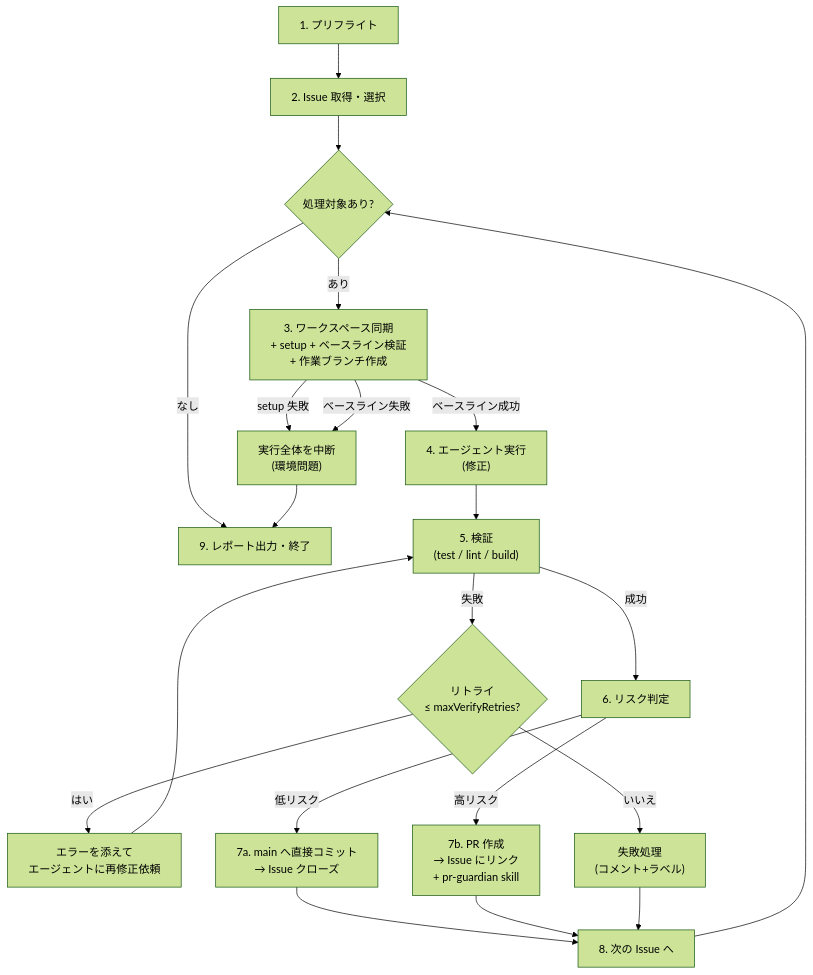
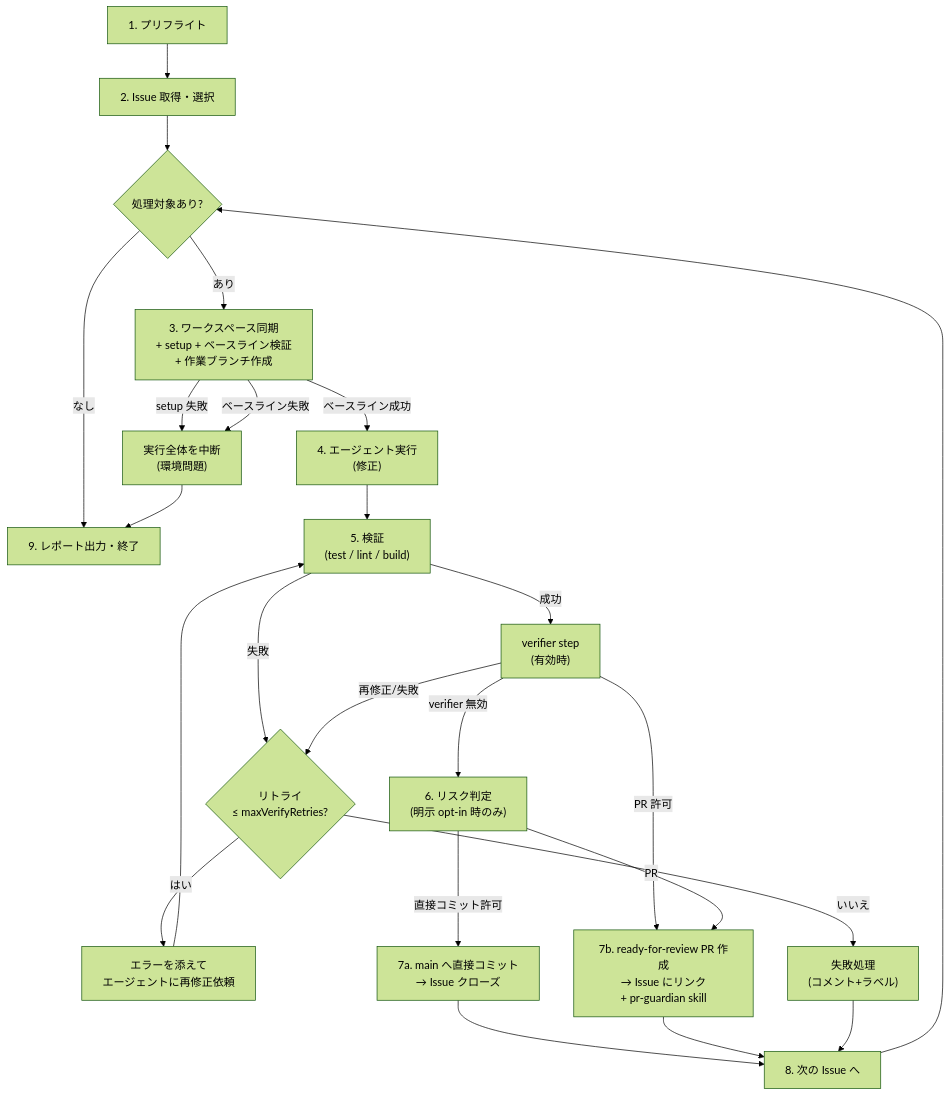
One commit to kaizen-agents-org/kaizen-loop changed the diagram in docs/04-nightly-pipeline.md. Above: the diagram before and after it, drawn with Mermaid (forest theme). The commit also changed other lines of this file and 5 other files, not shown here.

````diff
--- a/docs/04-nightly-pipeline.md
+++ b/docs/04-nightly-pipeline.md
@@ -7,22 +7,25 @@
 ```mermaid
 flowchart TB
     A["1. プリフライト"] --> B["2. Issue 取得・選択"]
     B --> C{処理対象あり?}
     C -->|なし| Z["9. レポート出力・終了"]
     C -->|あり| D["3. ワークスペース同期<br/>+ setup + ベースライン検証<br/>+ 作業ブランチ作成"]
     D -->|ベースライン成功| E["4. エージェント実行<br/>(修正)"]
     D -->|setup 失敗| X["実行全体を中断<br/>(環境問題)"]
     D -->|ベースライン失敗| X
     X --> Z
     E --> F["5. 検証<br/>(test / lint / build)"]
     F -->|失敗| G{リトライ<br/>≤ maxVerifyRetries?}
     G -->|はい| E2["エラーを添えて<br/>エージェントに再修正依頼"] --> F
     G -->|いいえ| H["失敗処理<br/>(コメント+ラベル)"]
-    F -->|成功| I["6. リスク判定"]
-    I -->|低リスク| J["7a. main へ直接コミット<br/>→ Issue クローズ"]
-    I -->|高リスク| K["7b. PR 作成<br/>→ Issue にリンク<br/>+ pr-guardian skill"]
+    F -->|成功| V["verifier step<br/>(有効時)"]
+    V -->|PR 許可| K["7b. ready-for-review PR 作成<br/>→ Issue にリンク<br/>+ pr-guardian skill"]
+    V -->|再修正/失敗| G
+    V -->|verifier 無効| I["6. リスク判定<br/>(明示 opt-in 時のみ)"]
+    I -->|PR| K
+    I -->|直接コミット許可| J["7a. main へ直接コミット<br/>→ Issue クローズ"]
     J --> L["8. 次の Issue へ"]
     K --> L
     H --> L
     L --> C
 ```
````
